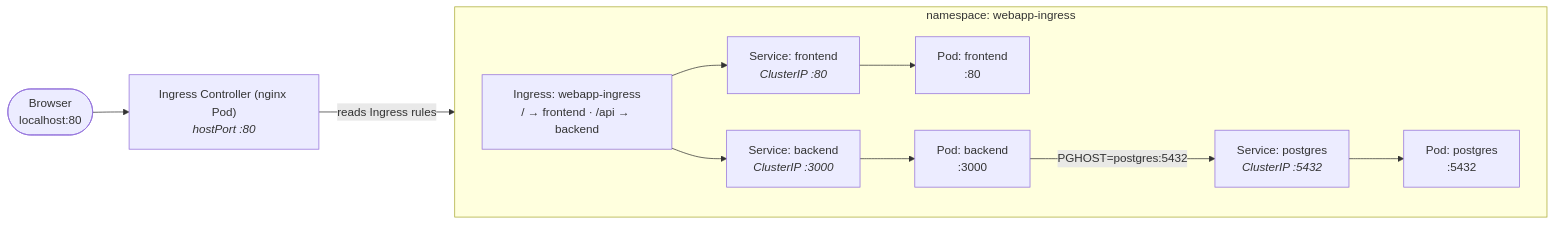
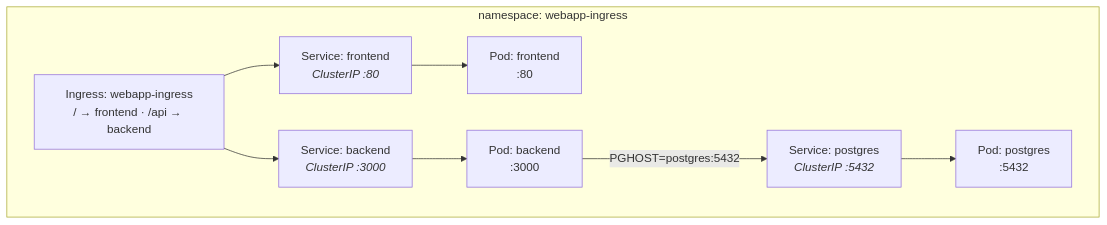
The first of 2 diagrams in basics/webapp-ingress/README.md (24thAbhinav/K8s), drawn with Mermaid before and after one commit. The commit also changed other lines of this file and 1 other file, not shown here.

Commit message:
docs: correct and clarify Ingress networking in webapp-ingress docs

````diff
--- a/basics/webapp-ingress/README.md
+++ b/basics/webapp-ingress/README.md
@@ -5,23 +9,19 @@
 ```mermaid
 flowchart LR
-  Browser(["Browser<br/>localhost:80"])
-  IC["Ingress Controller (nginx Pod)<br/><i>hostPort :80</i>"]
   subgraph ns["namespace: webapp-ingress"]
     direction LR
     ING["Ingress: webapp-ingress<br/>/ → frontend · /api → backend"]
     FS["Service: frontend<br/><i>ClusterIP :80</i>"]
     FP["Pod: frontend<br/>:80"]
     BS["Service: backend<br/><i>ClusterIP :3000</i>"]
     BP["Pod: backend<br/>:3000"]
     PS["Service: postgres<br/><i>ClusterIP :5432</i>"]
     PP["Pod: postgres<br/>:5432"]
     ING --> FS
     ING --> BS
     FS --> FP
     BS --> BP
     BP -->|"PGHOST=postgres:5432"| PS
     PS --> PP
   end
-  Browser --> IC
-  IC -->|"reads Ingress rules"| ING
 ```
````
